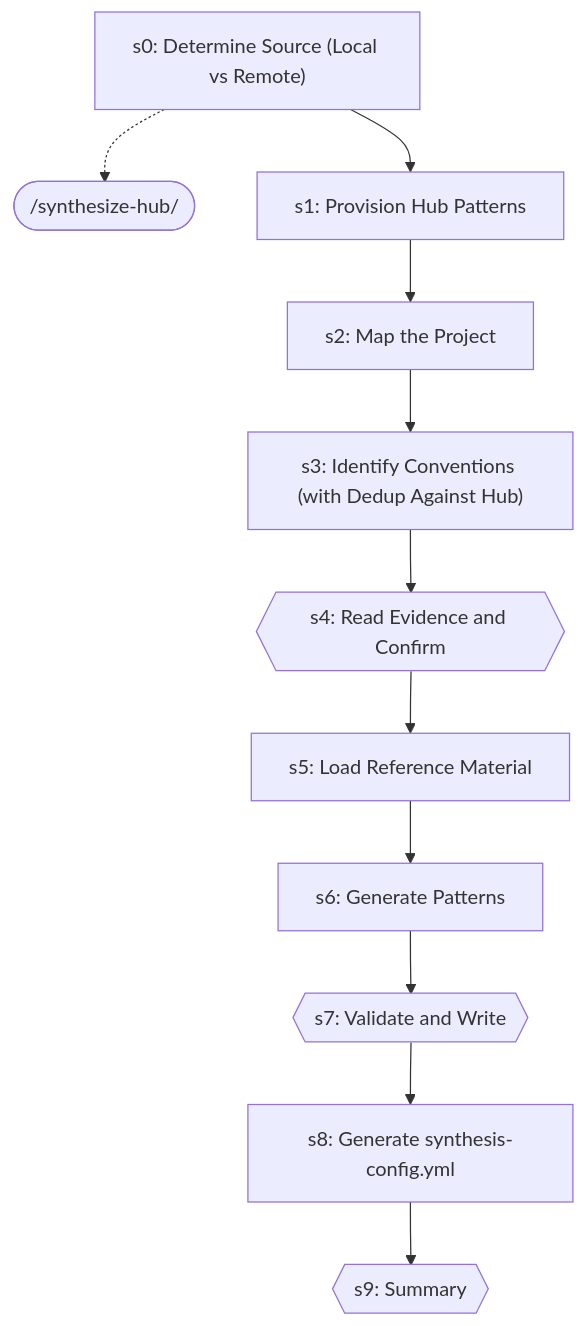
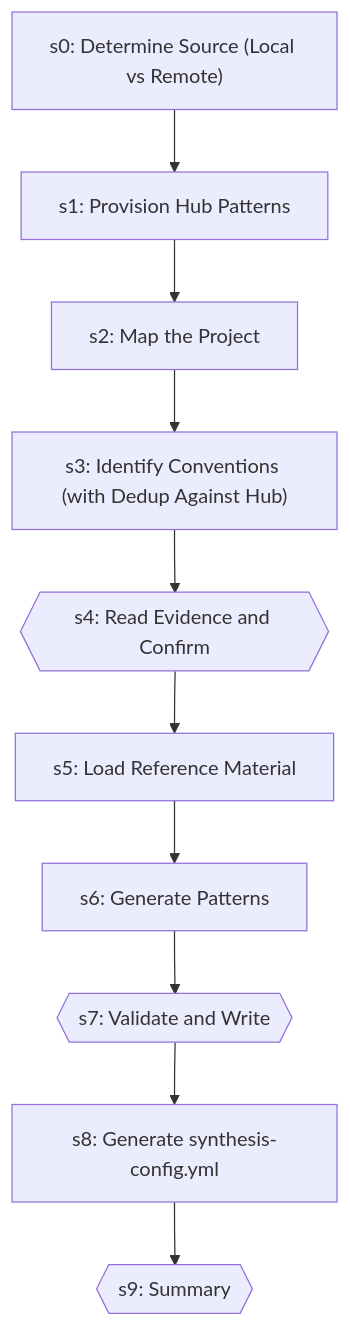
One commit to abhayla/claude-best-practices changed diagram 19 of 22 in docs/workflows/skill-authoring.md. Above: the diagram before and after it, drawn with Mermaid. The commit also changed other lines of this file and 13 other files, not shown here.

````diff
--- a/docs/workflows/skill-authoring.md
+++ b/docs/workflows/skill-authoring.md
@@ -1018,24 +1016,22 @@
 ```mermaid
 graph TD
     s0["s0: Determine Source (Local vs Remote)"]
-    synthesize_hub_ext([/synthesize-hub/])
-    s0 -.-> synthesize_hub_ext
     s1["s1: Provision Hub Patterns"]
     s0 --> s1
     s2["s2: Map the Project"]
     s1 --> s2
     s3["s3: Identify Conventions (with Dedup Against Hub)"]
     s2 --> s3
     s4{{s4: Read Evidence and Confirm}}
     s3 --> s4
     s5["s5: Load Reference Material"]
     s4 --> s5
     s6["s6: Generate Patterns"]
     s5 --> s6
     s7{{s7: Validate and Write}}
     s6 --> s7
     s8["s8: Generate synthesis-config.yml"]
     s7 --> s8
     s9{{s9: Summary}}
     s8 --> s9
 ```
````
